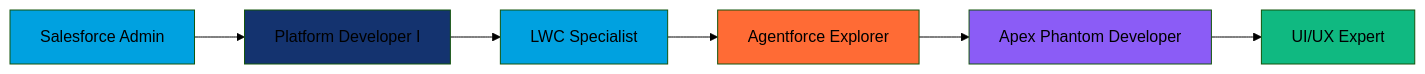
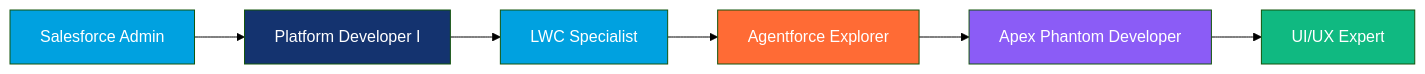
Before and after one commit to RazzDino/RazzDino: the diagram in README.md, drawn with Mermaid (forest theme). The commit also changed other lines of this file, not shown here.

````diff
--- a/README.md
+++ b/README.md
@@ -135,15 +135,15 @@
 ```mermaid
 graph LR
     A[Salesforce Admin] --> B[Platform Developer I]
     B --> C[LWC Specialist]
     C --> D[Agentforce Explorer]
     D --> E[Apex Phantom Developer]
     E --> F[UI/UX Expert]
     
-    style A fill:#00A1E0
-    style B fill:#14336F
-    style C fill:#00A1E0
-    style D fill:#FF6B35
-    style E fill:#8B5CF6
-    style F fill:#10B981
+    style A fill:#00A1E0,color:#fff
+    style B fill:#14336F,color:#fff
+    style C fill:#00A1E0,color:#fff
+    style D fill:#FF6B35,color:#fff
+    style E fill:#8B5CF6,color:#fff
+    style F fill:#10B981,color:#fff
 ```
````
